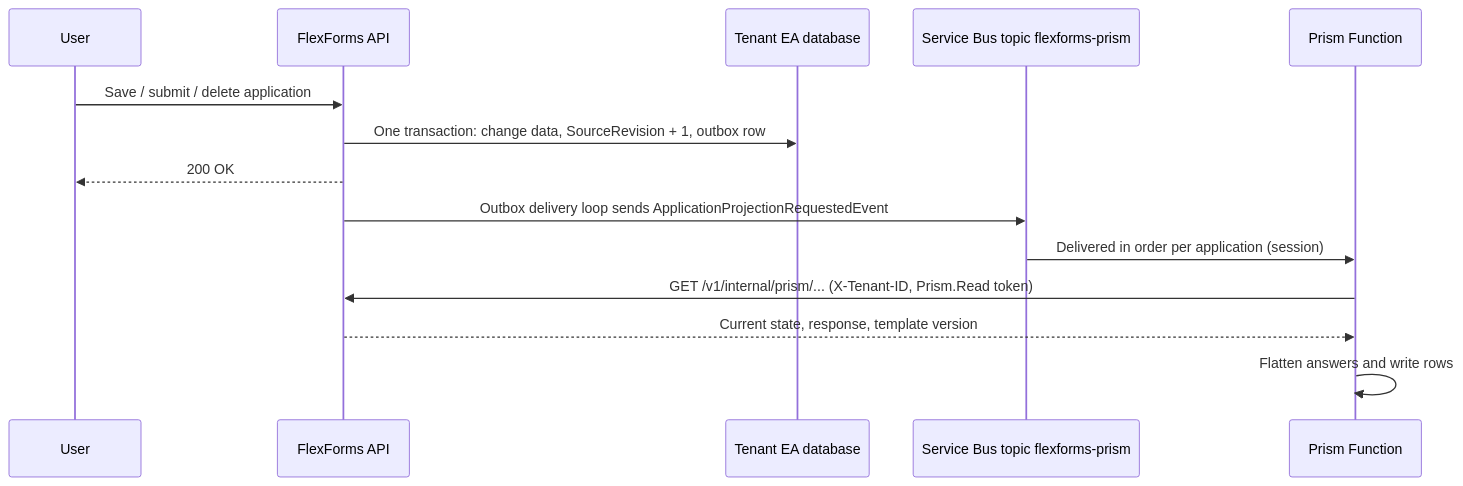
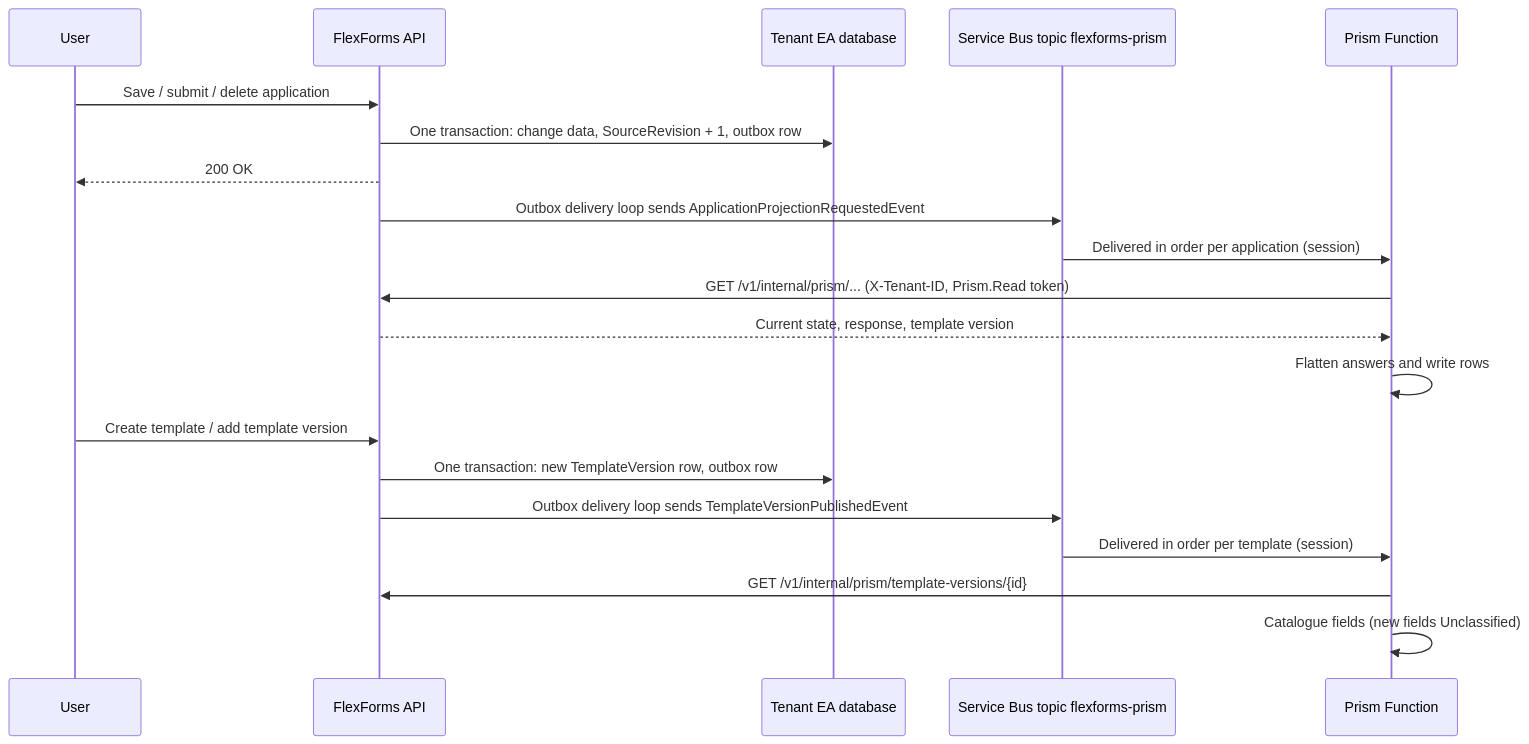
One commit to DFE-Digital/flexforms-api changed the sixth of 7 diagrams in README.md. Above: the diagram before and after it, drawn with Mermaid. The commit also changed other lines of this file and 1 other file, not shown here.

Commit message:
Complete Prism template event docs and selector test

````diff
--- a/README.md
+++ b/README.md
@@ -454,17 +454,24 @@
 ```mermaid
 sequenceDiagram
     participant User
     participant API as FlexForms API
     participant EA as Tenant EA database
     participant SB as Service Bus topic flexforms-prism
     participant Prism as Prism Function
 
     User->>API: Save / submit / delete application
     API->>EA: One transaction: change data, SourceRevision + 1, outbox row
     API-->>User: 200 OK
     API->>SB: Outbox delivery loop sends ApplicationProjectionRequestedEvent
     SB->>Prism: Delivered in order per application (session)
     Prism->>API: GET /v1/internal/prism/... (X-Tenant-ID, Prism.Read token)
     API-->>Prism: Current state, response, template version
     Prism->>Prism: Flatten answers and write rows
+
+    User->>API: Create template / add template version
+    API->>EA: One transaction: new TemplateVersion row, outbox row
+    API->>SB: Outbox delivery loop sends TemplateVersionPublishedEvent
+    SB->>Prism: Delivered in order per template (session)
+    Prism->>API: GET /v1/internal/prism/template-versions/{id}
+    Prism->>Prism: Catalogue fields (new fields Unclassified)
 ```
````
